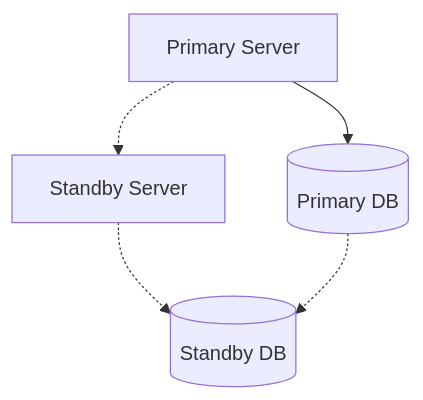
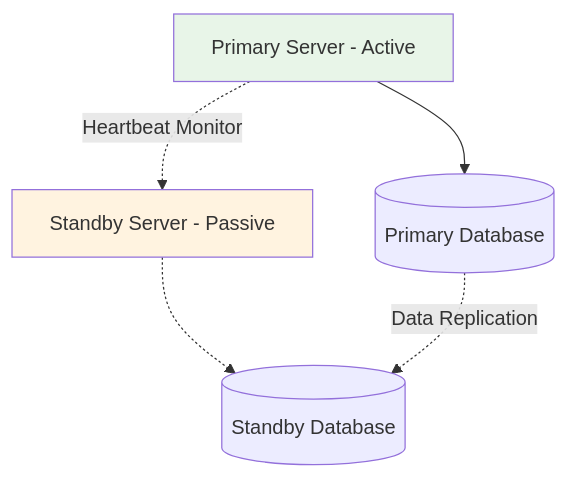
One commit to milavdabgar/studio changed the fourth of 6 diagrams in content/resources/study-materials/32-ict/sem-5/4353204-cyber-security/slidev/02-computer-security-fundamentals.md. Above: the diagram before and after it, drawn with Mermaid. The commit also changed other lines of this file and 3 other files, not shown here.

````diff
--- a/content/resources/study-materials/32-ict/sem-5/4353204-cyber-security/slidev/02-computer-security-fundamentals.md
+++ b/content/resources/study-materials/32-ict/sem-5/4353204-cyber-security/slidev/02-computer-security-fundamentals.md
@@ -422,7 +961,10 @@
 ```mermaid
 graph TB
-    A[Primary Server] --> B[(Primary DB)]
-    C[Standby Server] -.-> D[(Standby DB)]
-    A -.-> C
-    B -.-> D
+    A[Primary Server - Active] --> B[(Primary Database)]
+    C[Standby Server - Passive] -.-> D[(Standby Database)]
+    A -.->|"Heartbeat Monitor"| C
+    B -.->|"Data Replication"| D
+    
+    style A fill:#e8f5e8
+    style C fill:#fff3e0
 ```
````
